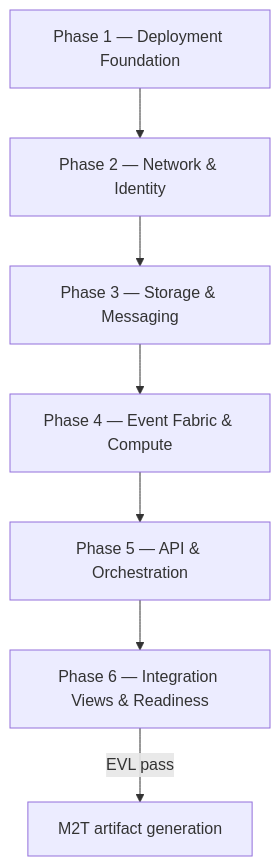
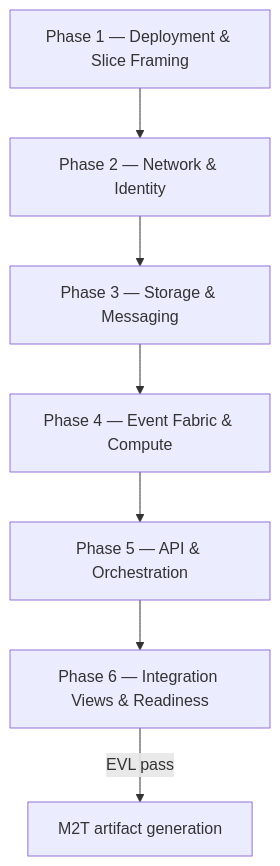
One commit to mehdieidi/modriss changed the diagram in docs/public-docs/docs/guides/psm-modeling-methodology.md. Above: the diagram before and after it, drawn with Mermaid. The commit also changed other lines of this file and 29 other files, not shown here.

````diff
--- a/docs/public-docs/docs/guides/psm-modeling-methodology.md
+++ b/docs/public-docs/docs/guides/psm-modeling-methodology.md
@@ -29,12 +32,12 @@
 ```mermaid
 flowchart TD
-  PH1["Phase 1 — Deployment Foundation"]
+  PH1["Phase 1 — Deployment & Slice Framing"]
   PH2["Phase 2 — Network & Identity"]
   PH3["Phase 3 — Storage & Messaging"]
   PH4["Phase 4 — Event Fabric & Compute"]
   PH5["Phase 5 — API & Orchestration"]
   PH6["Phase 6 — Integration Views & Readiness"]
 
   PH1 --> PH2 --> PH3 --> PH4 --> PH5 --> PH6
   PH6 -->|EVL pass| GATE["M2T artifact generation"]
 ```
````
